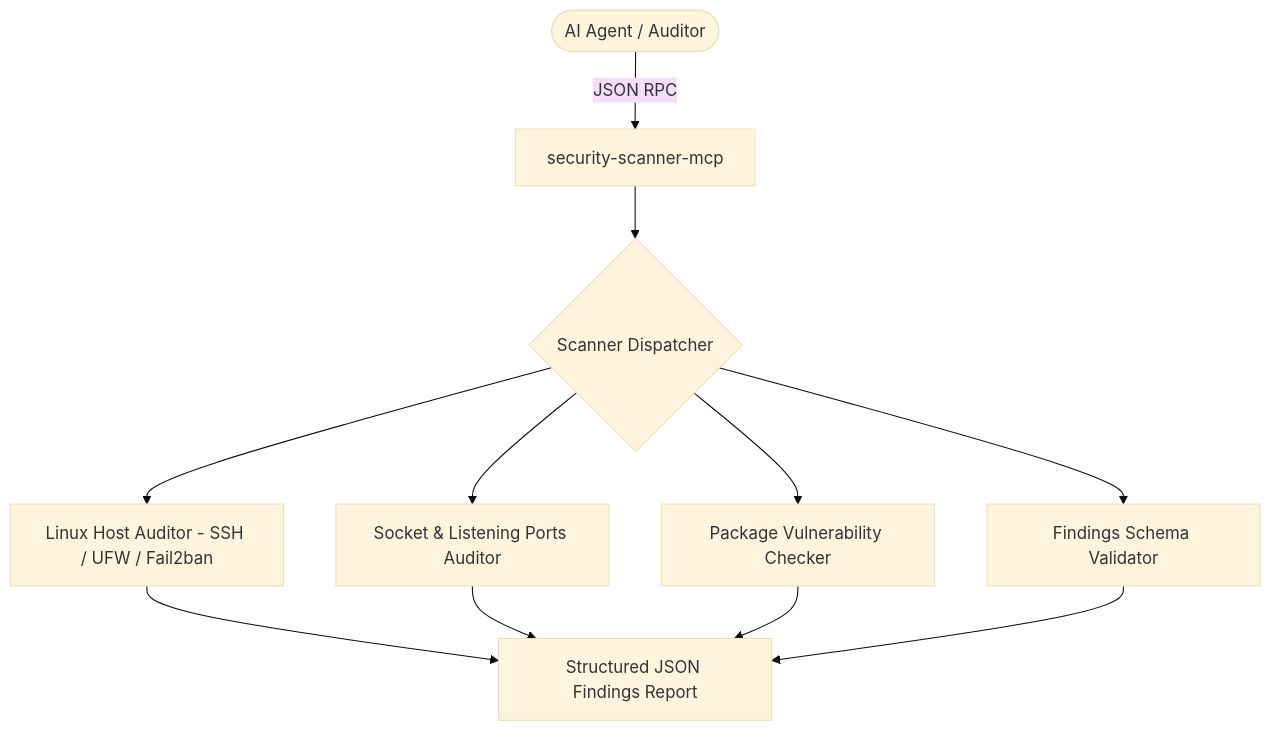
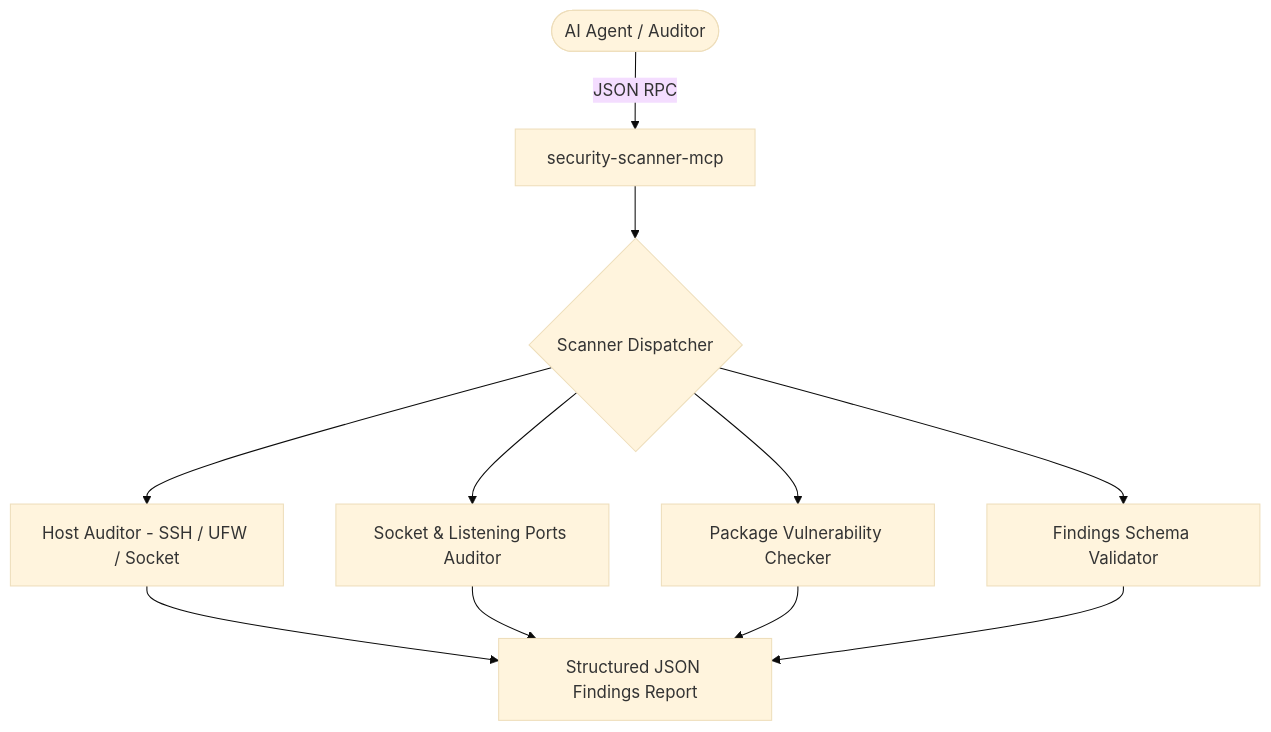
Before and after one commit to rauseoj89/Agy-MCP: the diagram in mcp-blueprints/security-scanner-mcp/BLUEPRINT.md, drawn with Mermaid (base theme). The commit also changed other lines of this file and 14 other files, not shown here.

Commit message:
fix(mcp-bp): replace nonexistent packages, standardize schemas, and retire nas-tools

````diff
--- a/mcp-blueprints/security-scanner-mcp/BLUEPRINT.md
+++ b/mcp-blueprints/security-scanner-mcp/BLUEPRINT.md
@@ -7,13 +7,13 @@
 ```mermaid
 graph TD
     Agent([AI Agent / Auditor]) -->|JSON RPC| MCP[security-scanner-mcp]
     MCP --> ScanEngine{Scanner Dispatcher}
-    ScanEngine --> HostCheck[Linux Host Auditor - SSH / UFW / Fail2ban]
+    ScanEngine --> HostCheck[Host Auditor - SSH / UFW / Socket]
     ScanEngine --> PortCheck[Socket & Listening Ports Auditor]
     ScanEngine --> DepCheck[Package Vulnerability Checker]
     ScanEngine --> Validator[Findings Schema Validator]
     HostCheck --> Output[Structured JSON Findings Report]
     PortCheck --> Output
     DepCheck --> Output
     Validator --> Output
 ```
````
